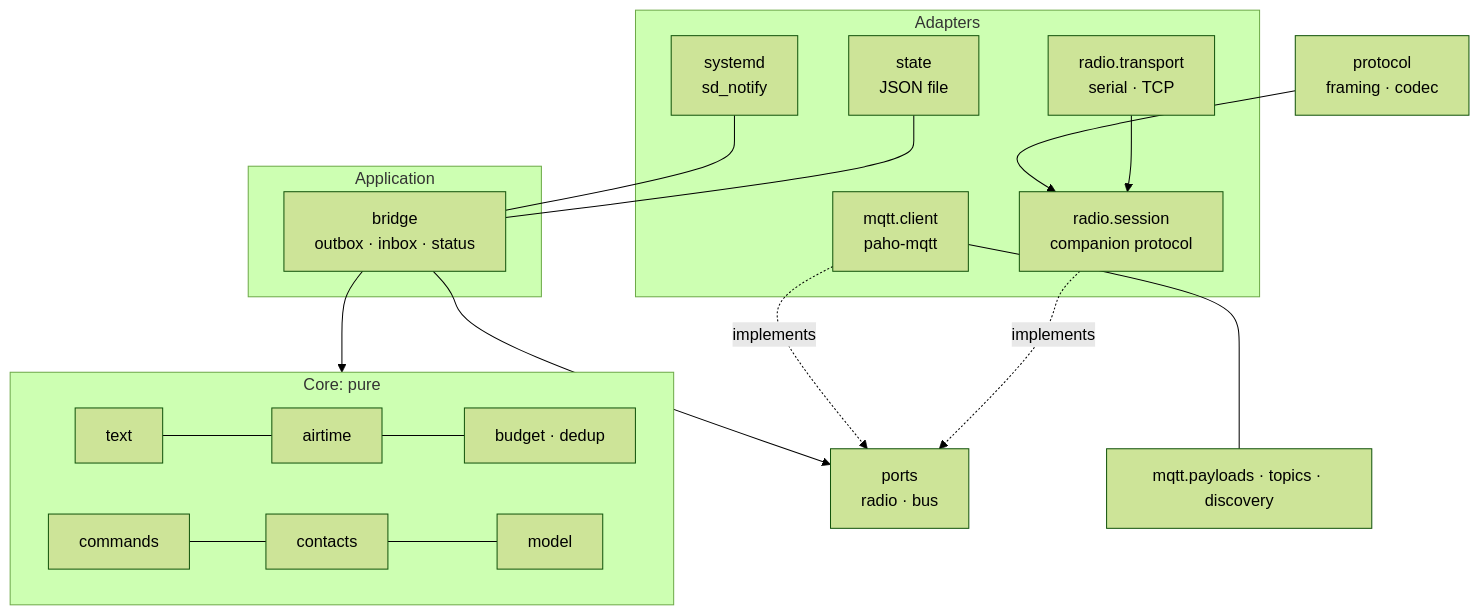
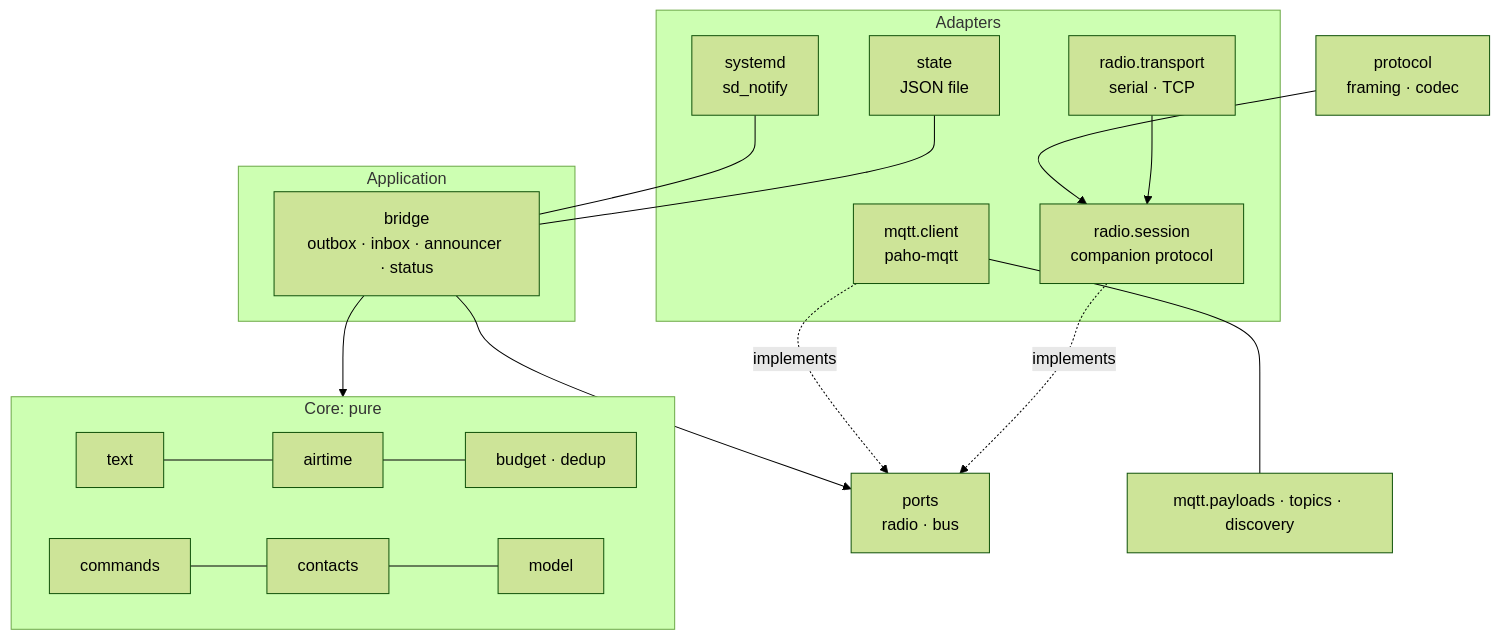
The second of 6 diagrams in docs/design.md (dkuenzel/meshcore-home-gateway), drawn with Mermaid (forest theme) before and after one commit. The commit also changed other lines of this file and 25 other files, not shown here.

````diff
--- a/docs/design.md
+++ b/docs/design.md
@@ -129,25 +129,25 @@
 ```mermaid
 flowchart TB
     subgraph adapters [Adapters]
         T["radio.transport<br/>serial · TCP"] --> SES[radio.session<br/>companion protocol]
         MQ[mqtt.client<br/>paho-mqtt]
         ST[state<br/>JSON file]
         SD[systemd<br/>sd_notify]
     end
     subgraph app [Application]
-        BR[bridge<br/>outbox · inbox · status]
+        BR[bridge<br/>outbox · inbox · announcer · status]
     end
     subgraph core [Core: pure]
         TX[text] --- AT[airtime] --- BU[budget · dedup]
         CO[commands] --- CT[contacts] --- MO[model]
     end
     PO[ports<br/>radio · bus]
     PR[protocol<br/>framing · codec] --> SES
     SES -. implements .-> PO
     MQ -. implements .-> PO
     BR --> PO
     ST --- BR
     SD --- BR
     BR --> core
     MQ --- PAY[mqtt.payloads · topics · discovery]
 ```
````
